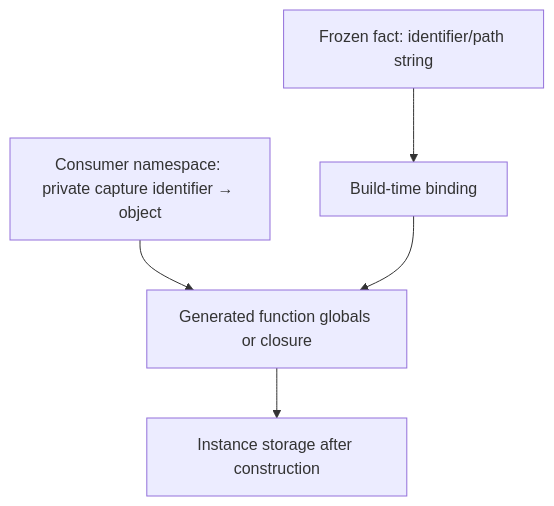
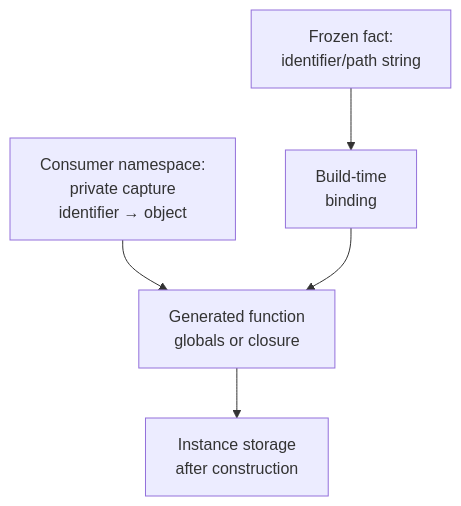
One commit to owebeeone/yidl changed the diagram in docs/concepts/binding-and-ownership.md. Above: the diagram before and after it, drawn with Mermaid. The commit also changed 11 other files, not shown here.

First line of the commit message:
Clarify YIDL documentation reading flow and wrap diagram labels

````diff
--- a/docs/concepts/binding-and-ownership.md
+++ b/docs/concepts/binding-and-ownership.md
@@ -16,7 +16,7 @@
 ```mermaid
 flowchart TB
-  N[Consumer namespace: private capture identifier → object] --> C[Generated function globals or closure]
-  F[Frozen fact: identifier/path string] --> B[Build-time binding]
+  N["Consumer namespace:<br/>private capture<br/>identifier → object"] --> C["Generated function<br/>globals or closure"]
+  F["Frozen fact:<br/>identifier/path string"] --> B["Build-time<br/>binding"]
   B --> C
-  C --> I[Instance storage after construction]
+  C --> I["Instance storage<br/>after construction"]
 ```
````
